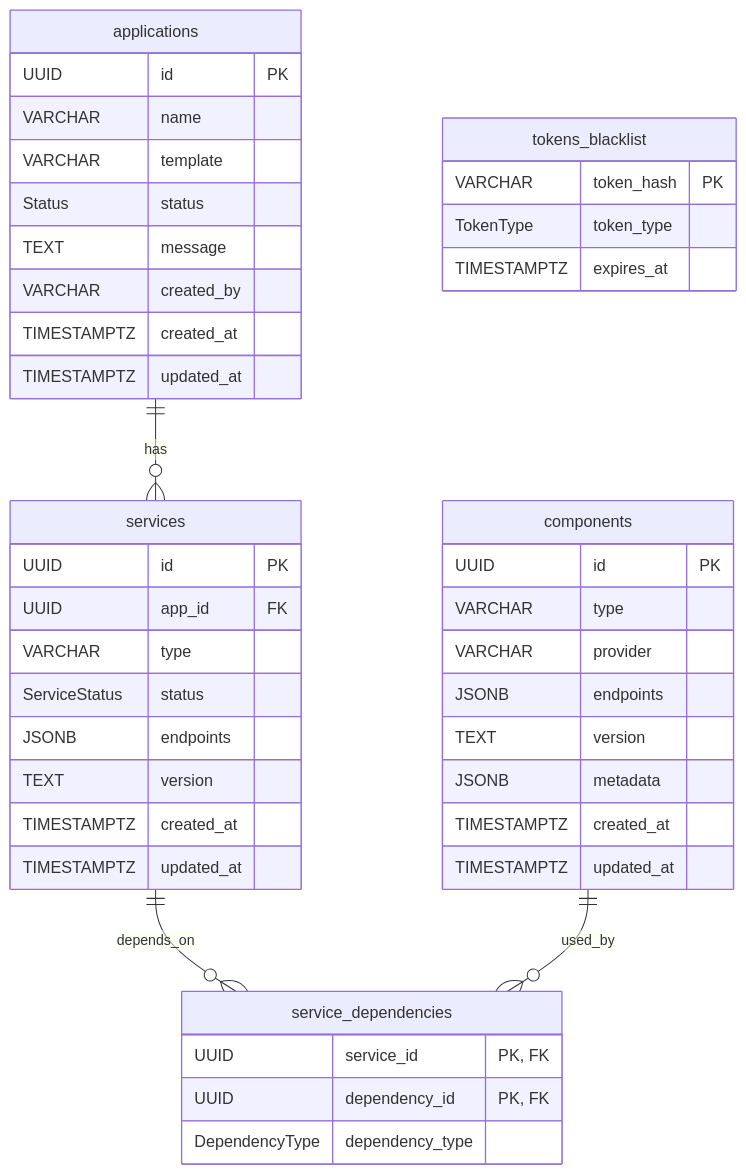
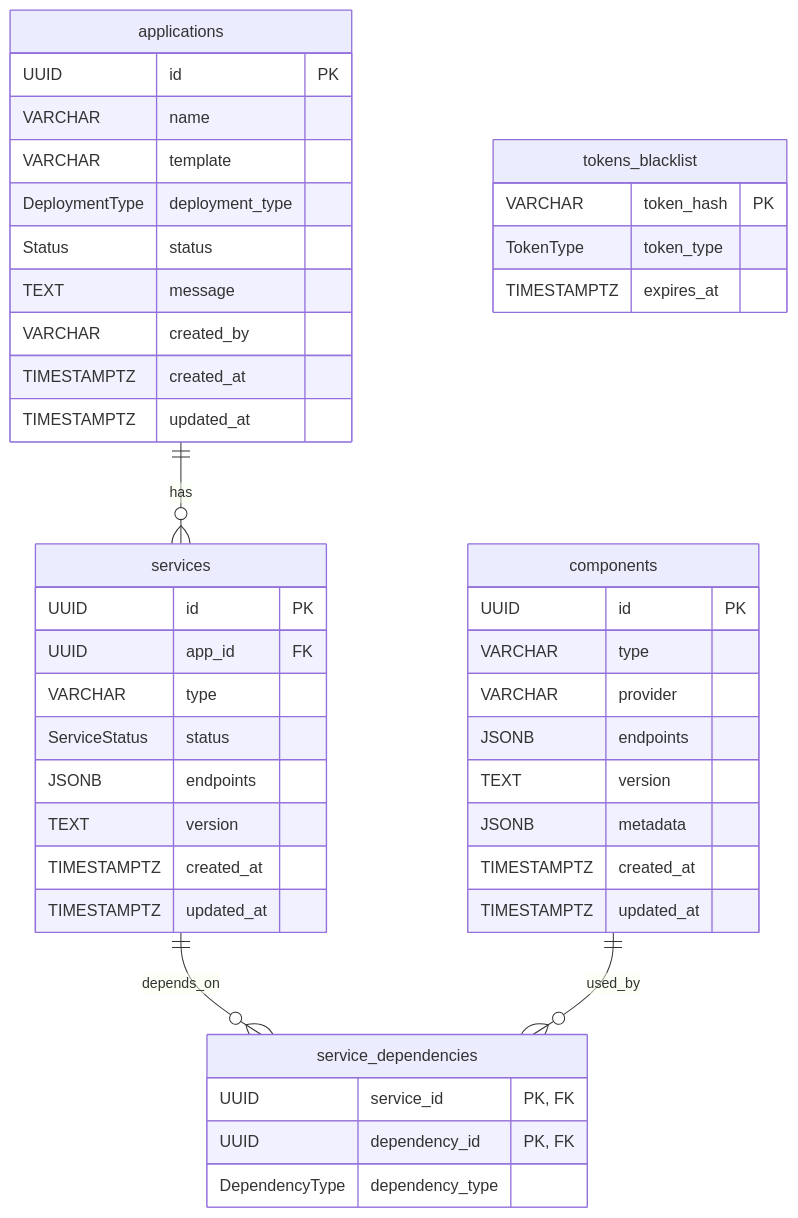
One commit to IBM/project-ai-services changed the diagram in docs/proposals/catalog/db-design-proposal.md. Above: the diagram before and after it, drawn with Mermaid. The commit also changed other lines of this file and 3 other files, not shown here.

Commit message:
[Catalog] Add a new deployment_type column in Applications Table

````diff
--- a/docs/proposals/catalog/db-design-proposal.md
+++ b/docs/proposals/catalog/db-design-proposal.md
@@ -205,51 +211,52 @@
 ```mermaid
 erDiagram
     applications ||--o{ services : "has"
     services ||--o{ service_dependencies : "depends_on"
     components ||--o{ service_dependencies : "used_by"
     
     applications {
         UUID id PK
         VARCHAR name
         VARCHAR template
+        DeploymentType deployment_type
         Status status
         TEXT message
         VARCHAR created_by
         TIMESTAMPTZ created_at
         TIMESTAMPTZ updated_at
     }
     
     services {
         UUID id PK
         UUID app_id FK
         VARCHAR type
         ServiceStatus status
         JSONB endpoints
         TEXT version
         TIMESTAMPTZ created_at
         TIMESTAMPTZ updated_at
     }
     
     components {
         UUID id PK
         VARCHAR type
         VARCHAR provider
         JSONB endpoints
         TEXT version
         JSONB metadata
         TIMESTAMPTZ created_at
         TIMESTAMPTZ updated_at
     }
     
     service_dependencies {
         UUID service_id "PK, FK"
         UUID dependency_id "PK, FK"
         DependencyType dependency_type
     }
     
     tokens_blacklist {
         VARCHAR token_hash PK
         TokenType token_type
         TIMESTAMPTZ expires_at
     }
 ```
````
